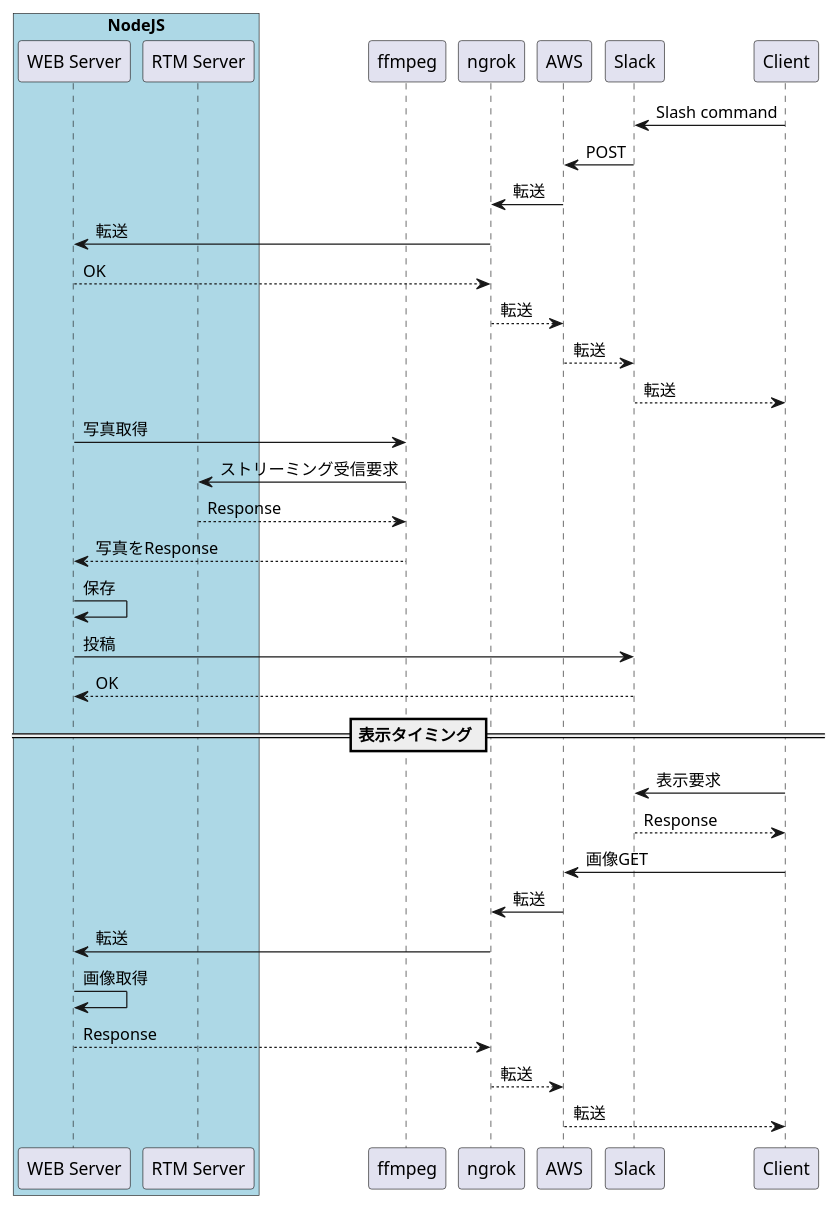
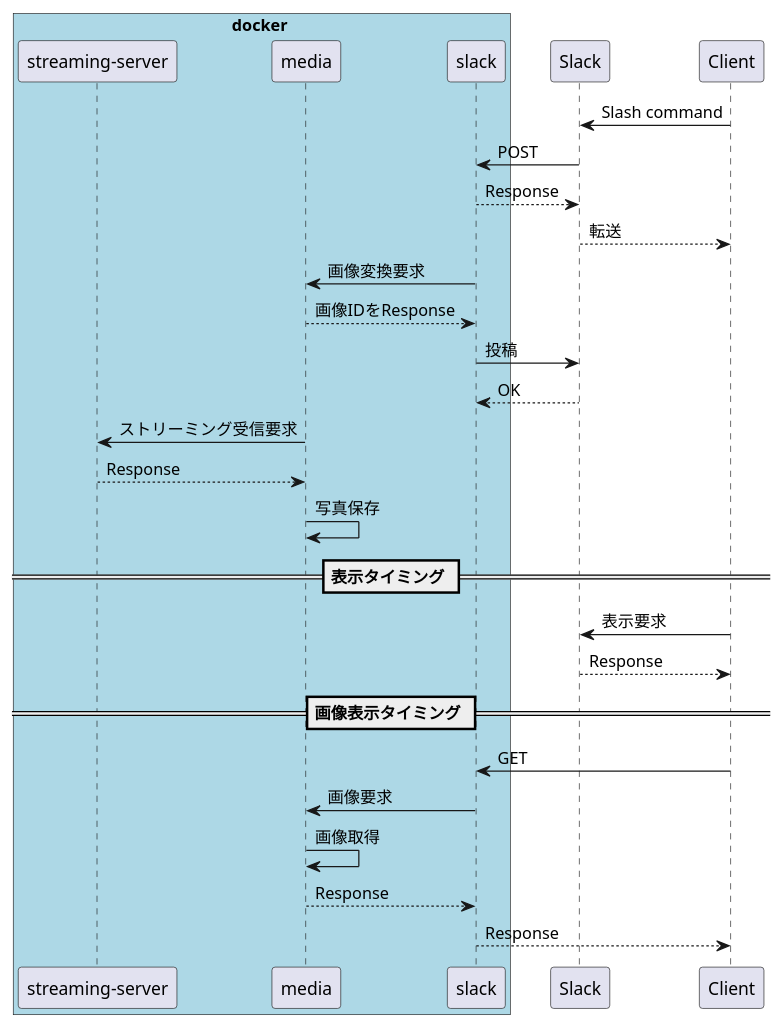
The diagram in docs/sequence/slack_slash_command.pu (ilim0t/bushitsuchan-PC), drawn with PlantUML before and after one commit. The commit also changed 7 other files, not shown here.

```diff
--- a/docs/sequence/slack_slash_command.pu
+++ b/docs/sequence/slack_slash_command.pu
@@ -1,47 +1,37 @@
 @startuml Slack_slash_command
-box "NodeJS" #LightBlue
-participant "WEB Server"
-participant "RTM Server"
+box docker #LightBlue
+participant "streaming-server"
+participant media
+participant slack
 end box
-
-participant ffmpeg
-participant ngrok
-participant AWS
 
 participant Slack
 participant Client
 
 Client -> Slack : Slash command
-Slack -> AWS : POST
-AWS -> ngrok : 転送
-ngrok -> "WEB Server" : 転送
+Slack -> slack : POST
 
-"WEB Server" --> ngrok : OK
-ngrok --> AWS : 転送
-AWS --> Slack : 転送
+slack --> Slack : Response
 Slack --> Client : 転送
 
-"WEB Server" -> ffmpeg: 写真取得
-ffmpeg -> "RTM Server" : ストリーミング受信要求
-"RTM Server" --> ffmpeg : Response
-ffmpeg --> "WEB Server": 写真をResponse
+slack -> media: 画像変換要求
+media --> slack: 画像IDをResponse
+slack ->Slack: 投稿
+Slack --> slack: OK
 
-"WEB Server" -> "WEB Server": 保存
-"WEB Server" -> Slack: 投稿
-Slack --> "WEB Server": OK
+media -> "streaming-server": ストリーミング受信要求
+"streaming-server" --> media: Response
+media -> media: 写真保存
 
 == 表示タイミング ==
 
 Client -> Slack: 表示要求
 Slack --> Client: Response
 
-Client -> AWS : 画像GET
-AWS -> ngrok : 転送
-ngrok -> "WEB Server" : 転送
-
-"WEB Server" -> "WEB Server" : 画像取得
-"WEB Server" --> ngrok : Response
-
-ngrok --> AWS : 転送
-AWS --> Client : 転送
+== 画像表示タイミング ==
+Client -> slack: GET
+slack -> media: 画像要求
+media -> media: 画像取得
+media --> slack: Response
+slack --> Client: Response
 @enduml
```
